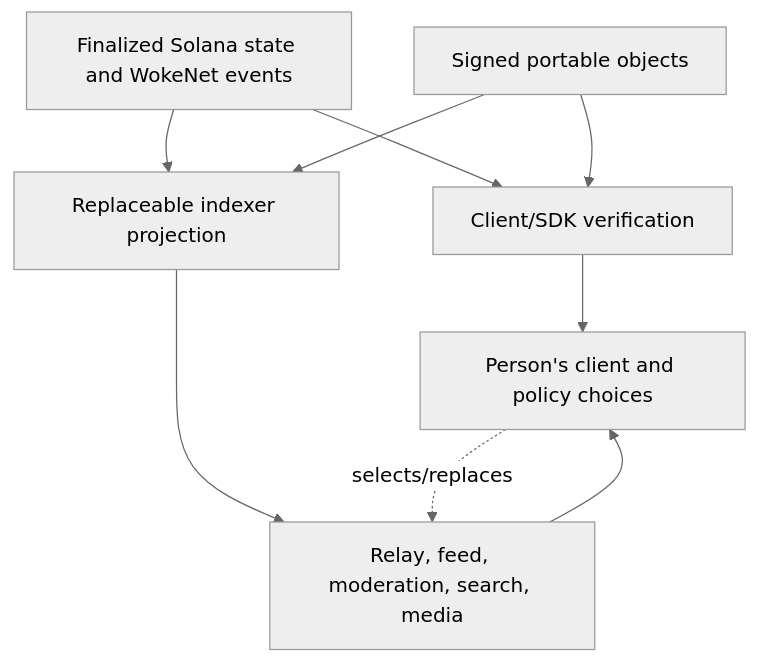
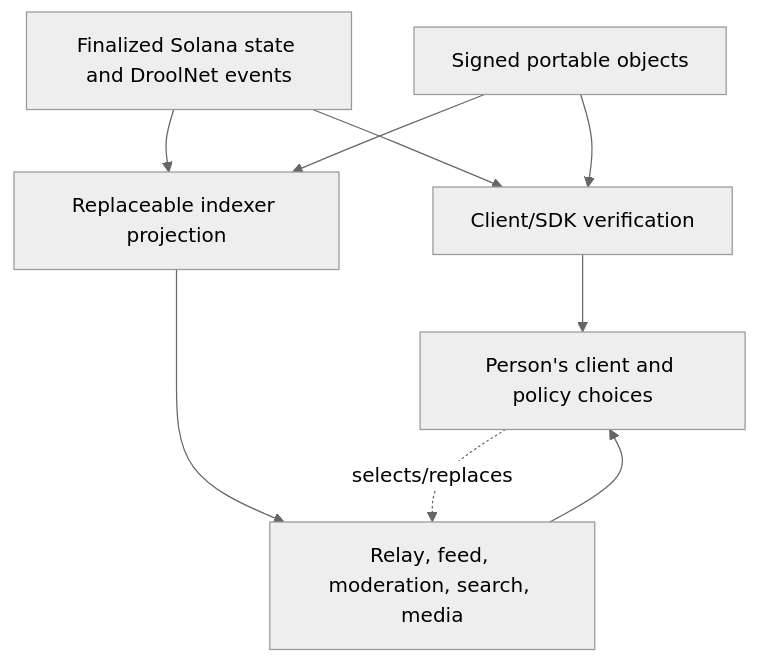
One commit to droolson/wetdrool changed the diagram in docs/DECENTRALIZATION.md. Above: the diagram before and after it, drawn with Mermaid (neutral theme). The commit also changed other lines of this file and 588 other files, not shown here.

````diff
--- a/docs/DECENTRALIZATION.md
+++ b/docs/DECENTRALIZATION.md
@@ -63,18 +63,18 @@
 ```mermaid
 flowchart TD
-    Ledger["Finalized Solana state and WokeNet events"]
+    Ledger["Finalized Solana state and DroolNet events"]
     Signed["Signed portable objects"]
     Verify["Client/SDK verification"]
     Projection["Replaceable indexer projection"]
     Convenience["Relay, feed, moderation, search, media"]
     Person["Person's client and policy choices"]
 
     Ledger --> Verify
     Signed --> Verify
     Ledger --> Projection
     Signed --> Projection
     Projection --> Convenience
     Convenience --> Person
     Verify --> Person
     Person -. "selects/replaces" .-> Convenience
 ```
````
